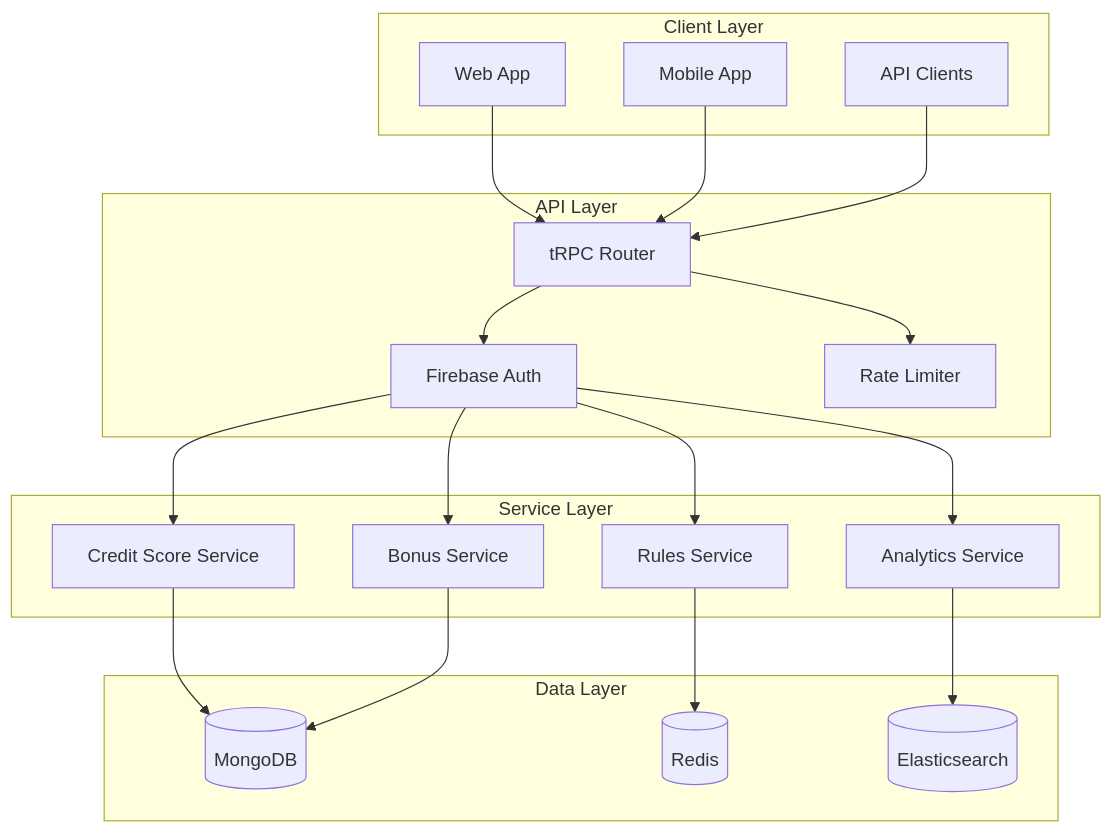
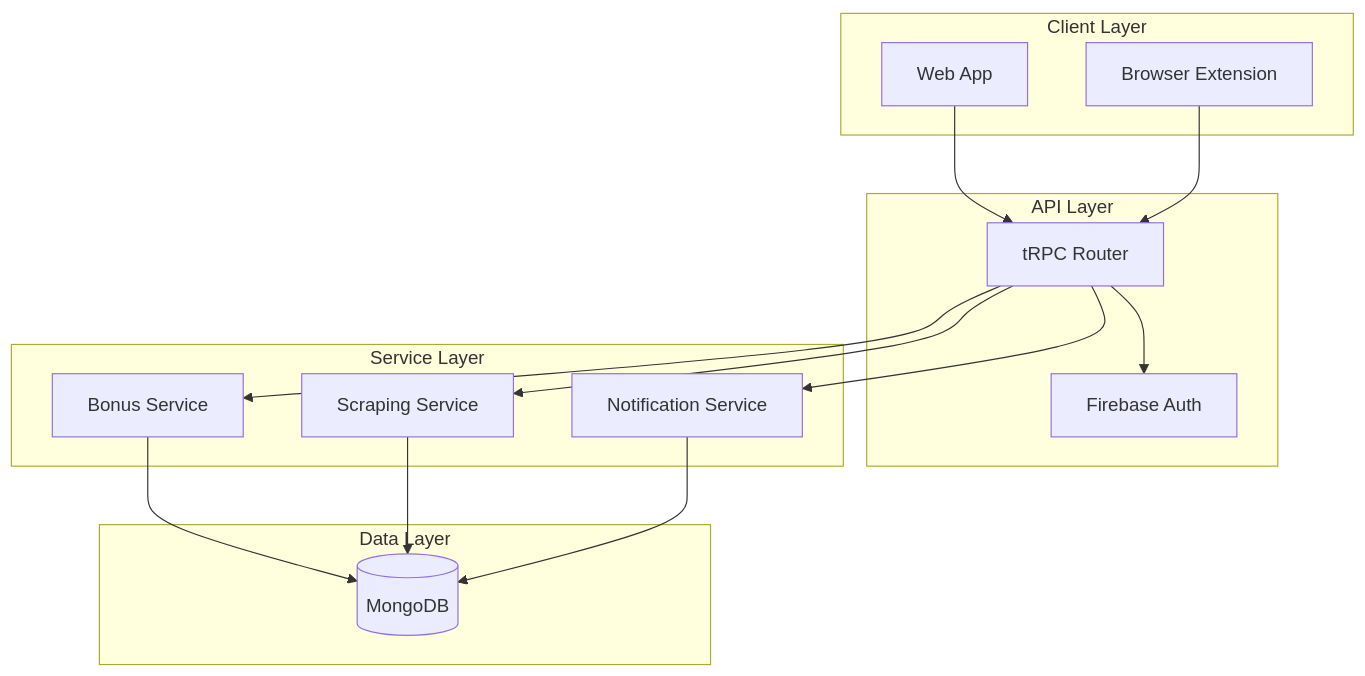
One commit to menezmethod/churnistic changed the second of 5 diagrams in docs/2.ARCHITECTURE.md. Above: the diagram before and after it, drawn with Mermaid. The commit also changed other lines of this file and 10 other files, not shown here.

````diff
--- a/docs/2.ARCHITECTURE.md
+++ b/docs/2.ARCHITECTURE.md
@@ -30,44 +26,34 @@
 ```mermaid
 graph TD
     subgraph "Client Layer"
         W[Web App]
-        M[Mobile App]
-        API[API Clients]
+        E[Browser Extension]
     end
 
     subgraph "API Layer"
         TR[tRPC Router]
         Auth[Firebase Auth]
-        Rate[Rate Limiter]
     end
 
     subgraph "Service Layer"
-        CS[Credit Score Service]
         BS[Bonus Service]
-        RS[Rules Service]
-        AS[Analytics Service]
+        SS[Scraping Service]
+        NS[Notification Service]
     end
 
     subgraph "Data Layer"
         Mongo[(MongoDB)]
-        Cache[(Redis)]
-        Search[(Elasticsearch)]
     end
 
     W --> TR
-    M --> TR
-    API --> TR
+    E --> TR
 
     TR --> Auth
-    TR --> Rate
+    TR --> BS
+    TR --> SS
+    TR --> NS
 
-    Auth --> CS
-    Auth --> BS
-    Auth --> RS
-    Auth --> AS
-
-    CS --> Mongo
     BS --> Mongo
-    RS --> Cache
-    AS --> Search
+    SS --> Mongo
+    NS --> Mongo
 ```
````
